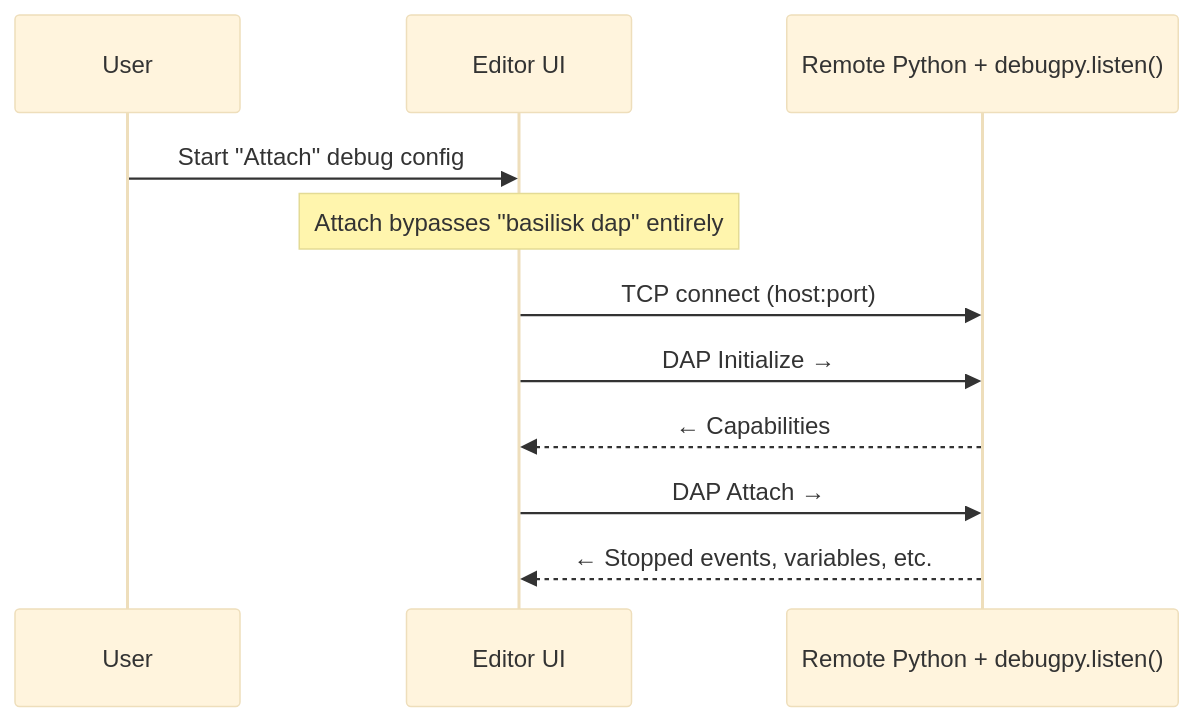
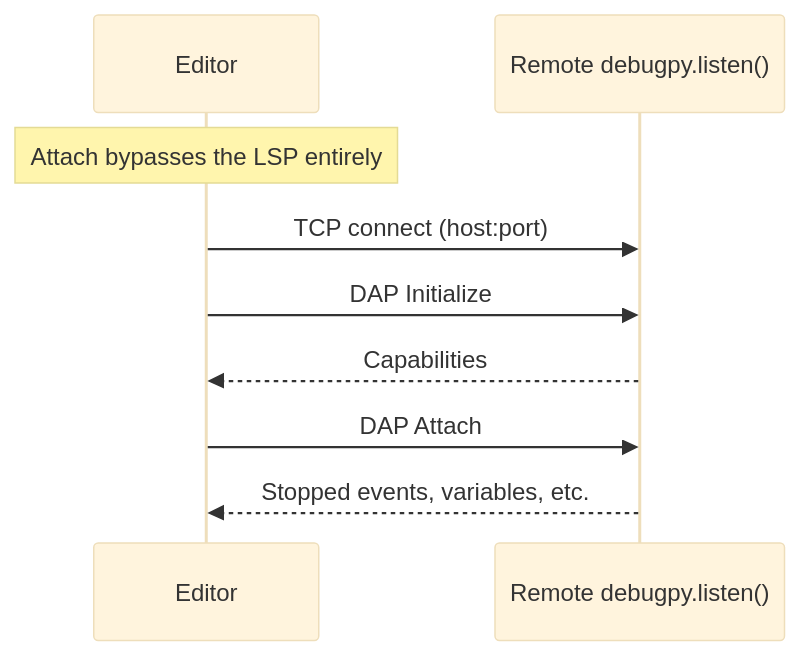
The third of 4 diagrams in docs/basilisk-debug-integration.md (Nimblesite/Basilisk), drawn with Mermaid (base theme) before and after one commit. The commit also changed other lines of this file, not shown here.

````diff
--- a/docs/basilisk-debug-integration.md
+++ b/docs/basilisk-debug-integration.md
@@ -451,14 +438,12 @@
 ```mermaid
 sequenceDiagram
-    participant User
-    participant Editor as Editor UI
-    participant RemotePy as Remote Python + debugpy.listen()
+    participant Editor
+    participant debugpy as Remote debugpy.listen()
 
-    User->>Editor: Start "Attach" debug config
-    Note over Editor: Attach bypasses "basilisk dap" entirely
-    Editor->>RemotePy: TCP connect (host:port)
-    Editor->>RemotePy: DAP Initialize →
-    RemotePy-->>Editor: ← Capabilities
-    Editor->>RemotePy: DAP Attach →
-    RemotePy-->>Editor: ← Stopped events, variables, etc.
+    Note over Editor: Attach bypasses the LSP entirely
+    Editor->>debugpy: TCP connect (host:port)
+    Editor->>debugpy: DAP Initialize
+    debugpy-->>Editor: Capabilities
+    Editor->>debugpy: DAP Attach
+    debugpy-->>Editor: Stopped events, variables, etc.
 ```
````
